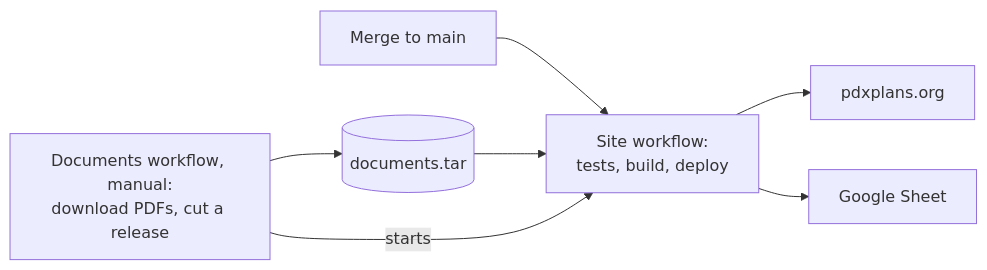
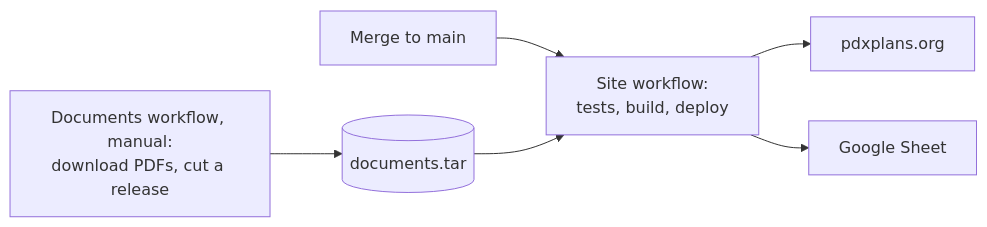
One commit to rosenhouse-bot-sandbox/shiba-data changed the tenth of 10 diagrams in docs/pipeline-slides.md. Above: the diagram before and after it, drawn with Mermaid. The commit also changed other lines of this file and 9 other files, not shown here.

````diff
--- a/docs/pipeline-slides.md
+++ b/docs/pipeline-slides.md
@@ -267,9 +267,8 @@
 ```mermaid
 flowchart LR
   merge[Merge to main] --> site[Site workflow:<br>tests, build, deploy]
   docwf[Documents workflow, manual:<br>download PDFs, cut a release] --> tar[(documents.tar)]
   tar --> site
-  docwf -- starts --> site
   site --> worker[pdxplans.org]
   site --> sheet[Google Sheet]
 ```
````
